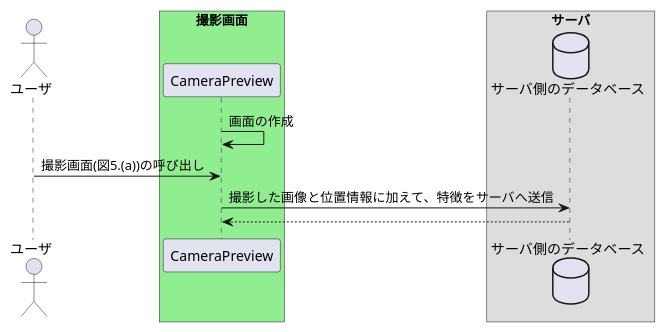
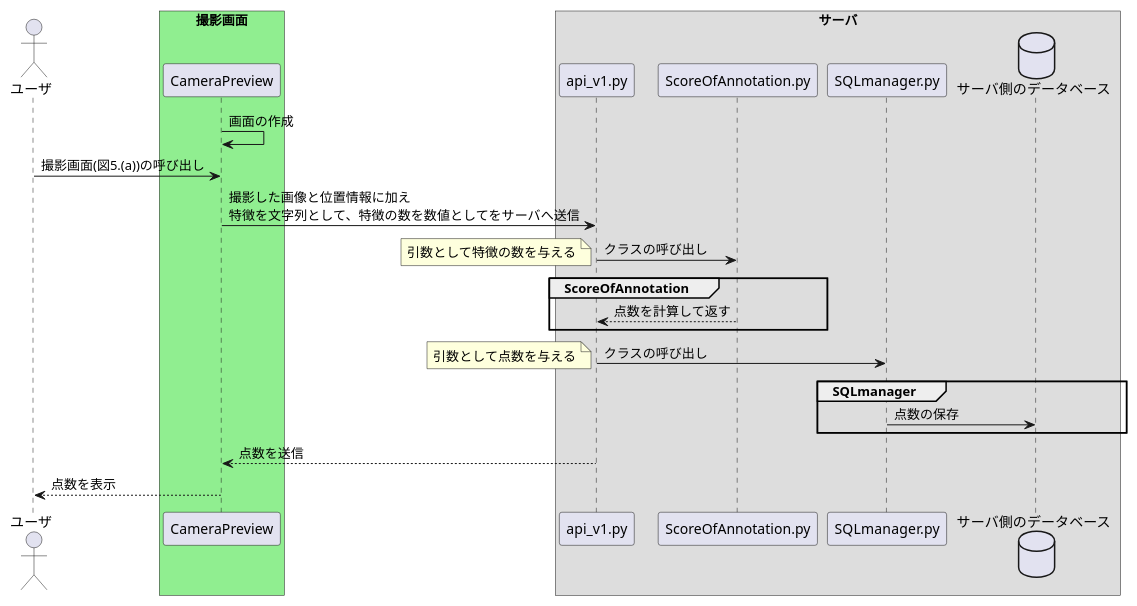
One commit to watarunemoto/mappenv changed the diagram in UML/Seqence/ScoreOfAnnotation_server.puml. Above: the diagram before and after it, drawn with PlantUML. The commit also changed 5 other files, not shown here.

```diff
--- a/UML/Seqence/ScoreOfAnnotation_server.puml
+++ b/UML/Seqence/ScoreOfAnnotation_server.puml
@@ -1,23 +1,39 @@
 @startuml
 
 actor ユーザ as u
 
 box "撮影画面" #LightGreen
 participant CameraPreview as cp
 cp -> cp :画面の作成
 u -> cp:撮影画面(図5.(a))の呼び出し
 end box
 
 
 
 box "サーバ"
 
+participant api_v1.py as main
+participant ScoreOfAnnotation.py as sa
+participant SQLmanager.py as sql
 database サーバ側のデータベース as db2
 
+
 endbox
-cp -> db2:撮影した画像と位置情報に加えて、特徴をサーバへ送信
-db2 --> cp:
 
+cp -> main:撮影した画像と位置情報に加え\n特徴を文字列として、特徴の数を数値としてをサーバへ送信
+main-> sa :クラスの呼び出し
+note left:引数として特徴の数を与える
+group ScoreOfAnnotation
+sa --> main:点数を計算して返す
+end
+main->sql:クラスの呼び出し
+note left :引数として点数を与える
+group SQLmanager
+sql -> db2:点数の保存
+end
 
+main -->cp: 点数を送信
+
+cp -->u :点数を表示
 
 @enduml
```
